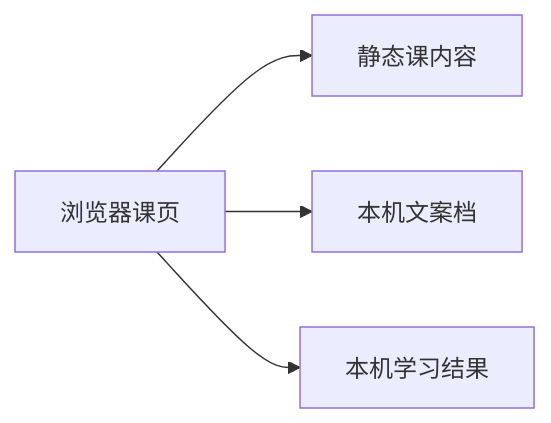
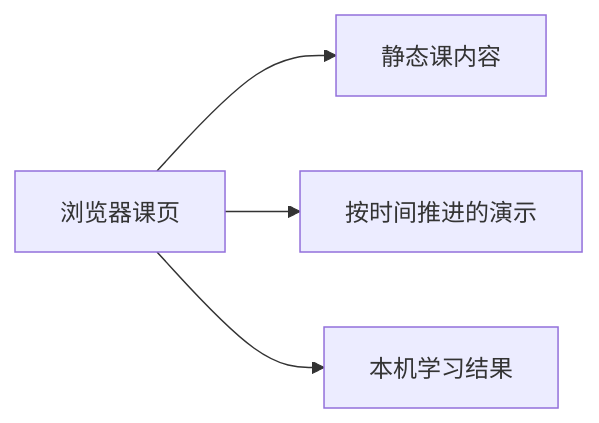
Before and after one commit to Izelzzz/interactive-tech-learning: the second of 2 diagrams in docs/2026-10-18-http-course-from-scratch/技术规格.md, drawn with Mermaid. The commit also changed other lines of this file and 48 other files, not shown here.

````diff
--- a/docs/2026-10-18-http-course-from-scratch/技术规格.md
+++ b/docs/2026-10-18-http-course-from-scratch/技术规格.md
@@ -34,6 +34,6 @@
 ```mermaid
 flowchart LR
   Page[浏览器课页] --> Content[静态课内容]
-  Page --> Pref[本机文案档]
+  Page --> Motion[按时间推进的演示]
   Page --> Result[本机学习结果]
 ```
````
